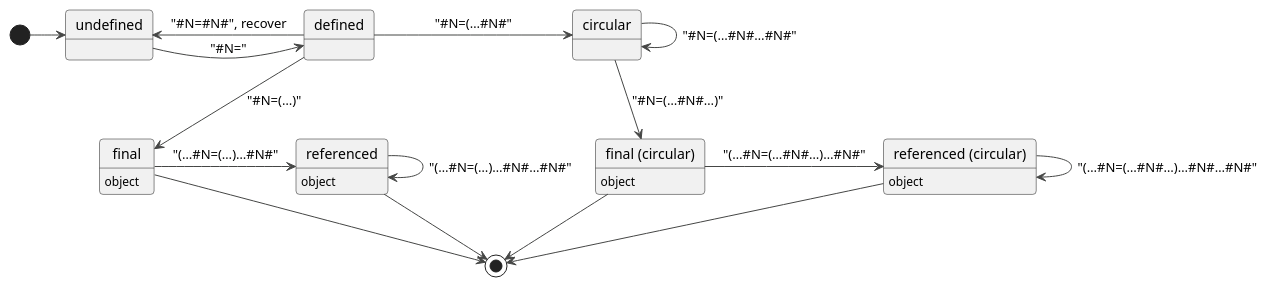
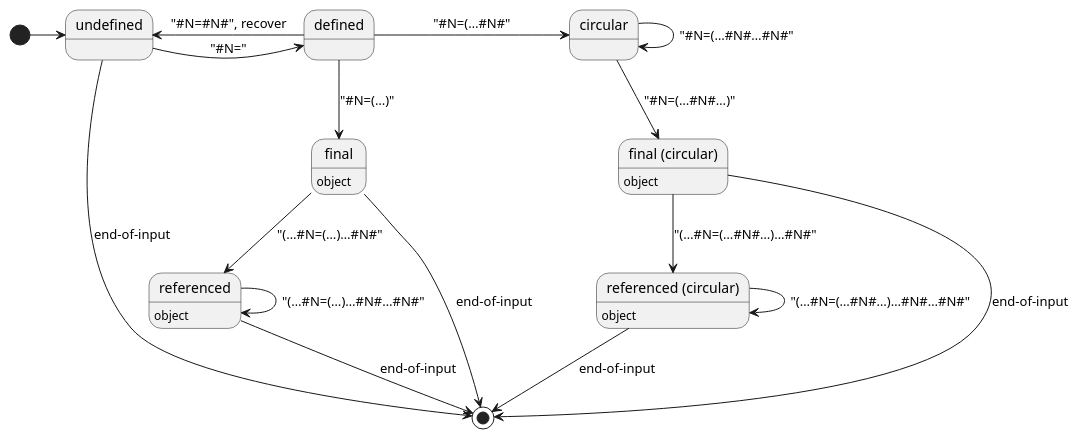
The diagram in figures/labeled-object-states.plantuml (s-expressionists/Eclector-paper), drawn with PlantUML before and after one commit. The commit also changed 10 other files, not shown here.

First line of the commit message:
Improve the figure which illustrates labeled objects

```diff
--- a/figures/labeled-object-states.plantuml
+++ b/figures/labeled-object-states.plantuml
@@ -1,38 +1,37 @@
 @startuml
-!theme vibrant
-
 hide members
 hide attributes
 hide methods
 
 state undefined
 state defined
 state circular
 state final
 final: object
 state referenced
 referenced: object
 
 state "final (circular)" as final2
 final2: object
 state "referenced (circular)" as referenced2
 referenced2: object
 
-[*]         ->  undefined
-undefined   ->  defined    : "#N="
-defined     ->  final      : "#N=(…)"
-final       ->  referenced : "(…#N=(…)…#N#"
-referenced  ->  referenced : "(…#N=(…)…#N#…#N#"
-final       --> [*]
-referenced  --> [*]
+[*]         ->      undefined
+undefined   ->      defined     : "#N="
+undefined   -->     [*]         : end-of-input
+defined     -down-> final       : "#N=(…)"
+final       -down-> referenced  : "(…#N=(…)…#N#"
+referenced  ->      referenced  : "(…#N=(…)…#N#…#N#"
+final       -->     [*]         : end-of-input
+referenced  -->     [*]         : end-of-input
 
-defined     ->  circular    : "#N=(…#N#"
-circular    ->  circular    : "#N=(…#N#…#N#"
-circular    --> final2      : "#N=(…#N#…)"
-final2      ->  referenced2 : "(…#N=(…#N#…)…#N#"
-referenced2 ->  referenced2 : "(…#N=(…#N#…)…#N#…#N#"
-final2      --> [*]
-referenced2 --> [*]
+defined     ->      circular    : "#N=(…#N#"
+circular    ->      circular    : "#N=(…#N#…#N#"
+circular    -down-> final2      : "#N=(…#N#…)"
+final2      -down-> referenced2 : "(…#N=(…#N#…)…#N#"
+referenced2 ->      referenced2 : "(…#N=(…#N#…)…#N#…#N#"
+final2      -->     [*]         : end-of-input
+referenced2 -->     [*]         : end-of-input
 
-defined     ->  undefined : "#N=#N#", recover
+defined     ->      undefined   : "#N=#N#", recover
 @enduml
```
